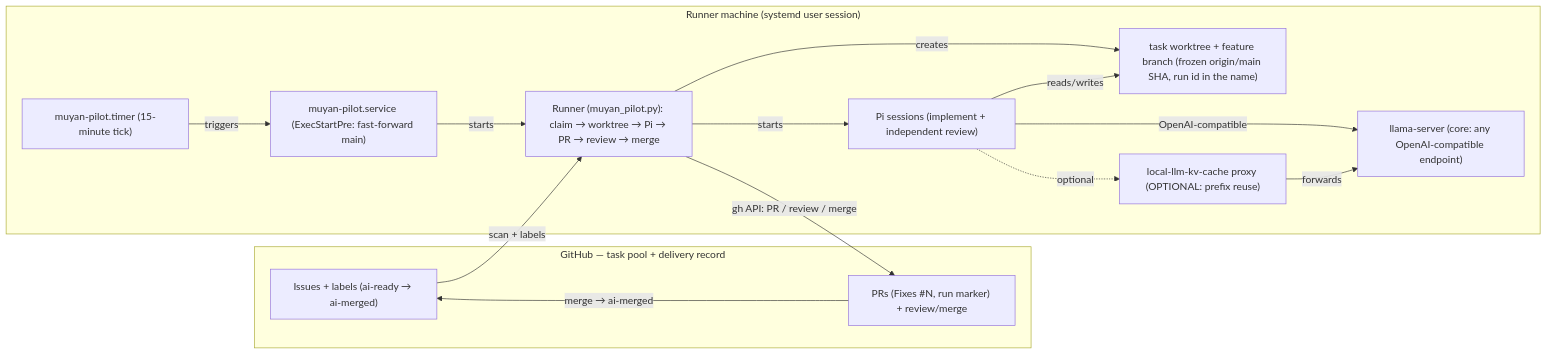
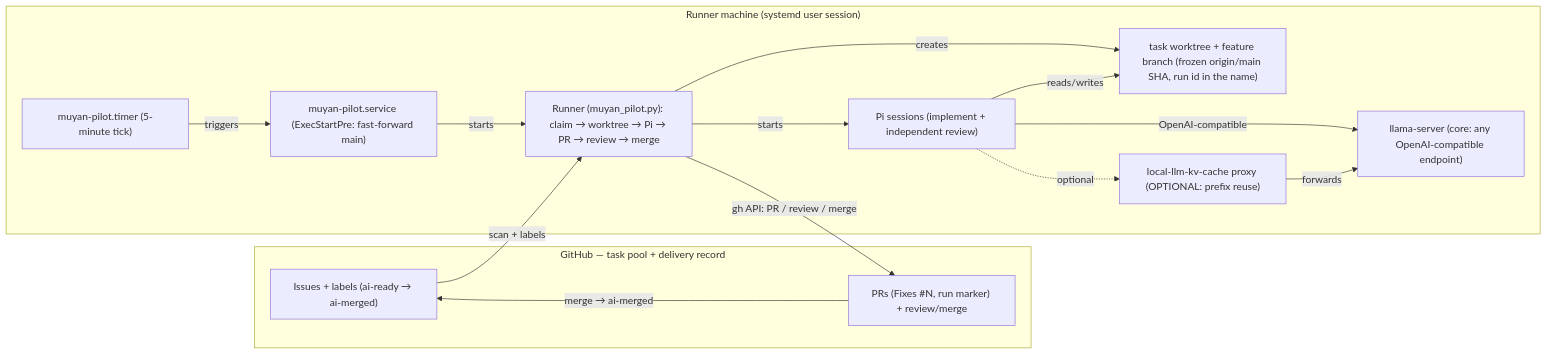
Before and after one commit to orbi-build/orbi: the diagram in docs/index.mdx, drawn with Mermaid. The commit also changed other lines of this file and 18 other files, not shown here.

````diff
--- a/docs/index.mdx
+++ b/docs/index.mdx
@@ -11,27 +11,27 @@
 ```mermaid
 flowchart LR
   subgraph github["GitHub — task pool + delivery record"]
     issues["Issues + labels (ai-ready → ai-merged)"]
     prs["PRs (Fixes #N, run marker) + review/merge"]
   end
   subgraph machine["Runner machine (systemd user session)"]
-    timer["muyan-pilot.timer (15-minute tick)"]
+    timer["muyan-pilot.timer (5-minute tick)"]
     service["muyan-pilot.service (ExecStartPre: fast-forward main)"]
     runner["Runner (muyan_pilot.py): claim → worktree → Pi → PR → review → merge"]
     worktree["task worktree + feature branch (frozen origin/main SHA, run id in the name)"]
     pi["Pi sessions (implement + independent review)"]
     model["llama-server (core: any OpenAI-compatible endpoint)"]
     proxy["local-llm-kv-cache proxy (OPTIONAL: prefix reuse)"]
   end
   issues -->|scan + labels| runner
   timer -->|triggers| service
   service -->|starts| runner
   runner -->|creates| worktree
   runner -->|starts| pi
   pi -->|reads/writes| worktree
   pi -->|OpenAI-compatible| model
   pi -.->|optional| proxy
   proxy -->|forwards| model
   runner -->|gh API: PR / review / merge| prs
   prs -->|merge → ai-merged| issues
 ```
````
